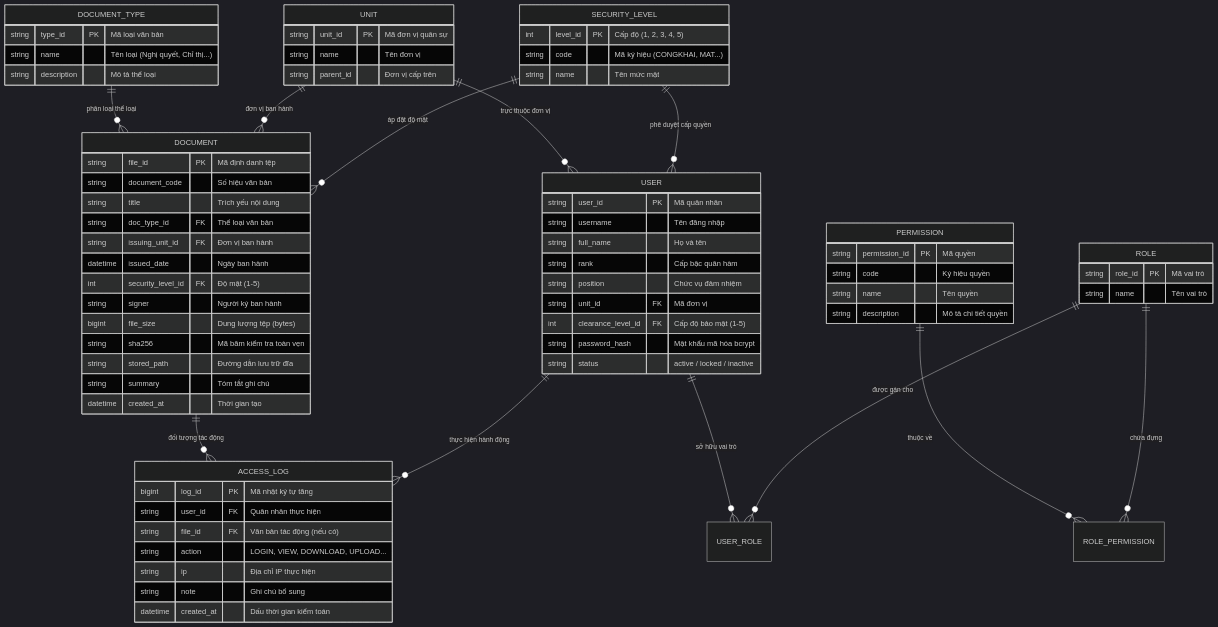
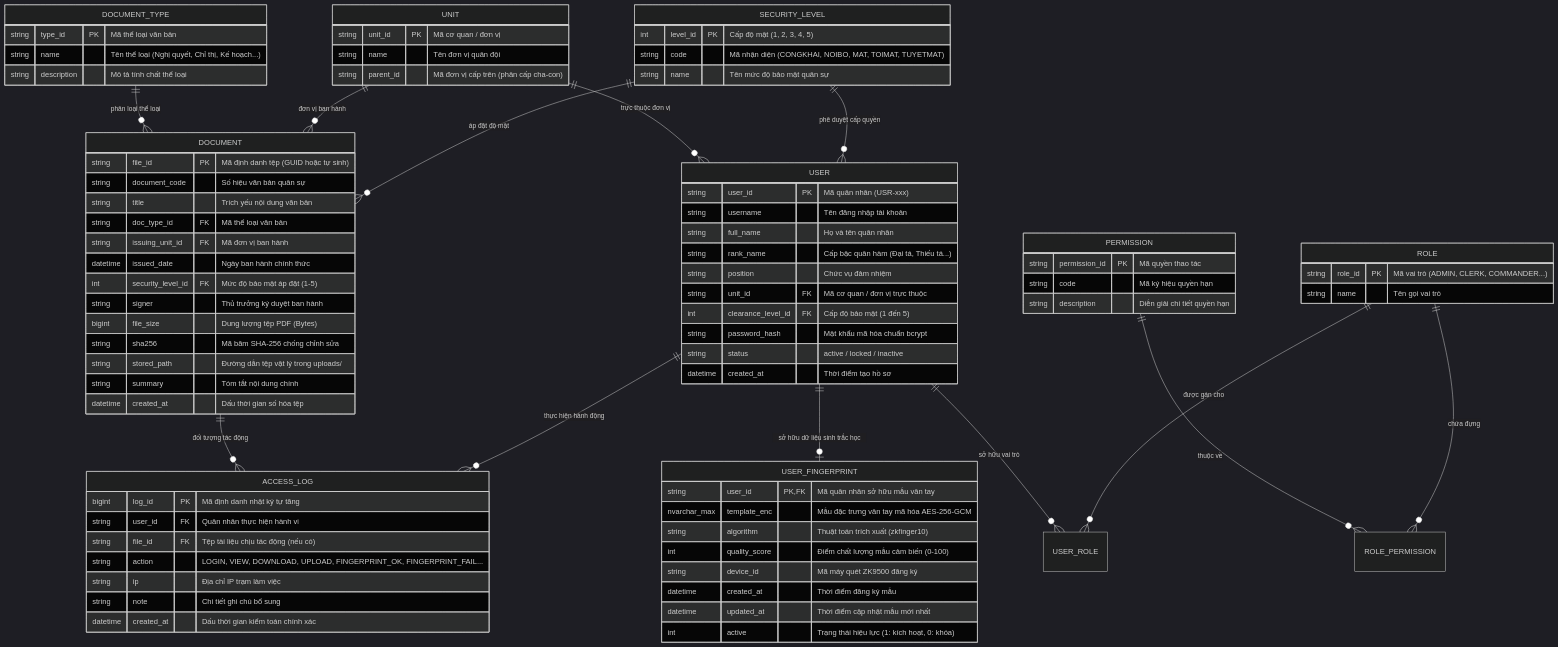
One commit to NguyenHaiAnh08/qk7-datahub changed the fifth of 5 diagrams in SYSTEM_ARCHITECTURE.md. Above: the diagram before and after it, drawn with Mermaid (dark theme). The commit also changed other lines of this file and 20 other files, not shown here.

Commit message:
Add admin dashboard, user management, and biometric fingerprint authentication components and services

````diff
--- a/SYSTEM_ARCHITECTURE.md
+++ b/SYSTEM_ARCHITECTURE.md
@@ -423,72 +390,84 @@
     USER ||--o{ USER_ROLE : "sở hữu vai trò"
     ROLE ||--o{ ROLE_PERMISSION : "chứa đựng"
     PERMISSION ||--o{ ROLE_PERMISSION : "thuộc về"
+    USER ||--o| USER_FINGERPRINT : "sở hữu dữ liệu sinh trắc học"
 
     USER {
-        string user_id PK "Mã quân nhân"
-        string username "Tên đăng nhập"
-        string full_name "Họ và tên"
-        string rank "Cấp bậc quân hàm"
+        string user_id PK "Mã quân nhân (USR-xxx)"
+        string username "Tên đăng nhập tài khoản"
+        string full_name "Họ và tên quân nhân"
+        string rank_name "Cấp bậc quân hàm (Đại tá, Thiếu tá...)"
         string position "Chức vụ đảm nhiệm"
-        string unit_id FK "Mã đơn vị"
-        int clearance_level_id FK "Cấp độ bảo mật (1-5)"
-        string password_hash "Mật khẩu mã hóa bcrypt"
+        string unit_id FK "Mã cơ quan / đơn vị trực thuộc"
+        int clearance_level_id FK "Cấp độ bảo mật (1 đến 5)"
+        string password_hash "Mật khẩu mã hóa chuẩn bcrypt"
         string status "active / locked / inactive"
+        datetime created_at "Thời điểm tạo hồ sơ"
+    }
+
+    USER_FINGERPRINT {
+        string user_id PK,FK "Mã quân nhân sở hữu mẫu vân tay"
+        nvarchar_max template_enc "Mẫu đặc trưng vân tay mã hóa AES-256-GCM"
+        string algorithm "Thuật toán trích xuất (zkfinger10)"
+        int quality_score "Điểm chất lượng mẫu cảm biến (0-100)"
+        string device_id "Mã máy quét ZK9500 đăng ký"
+        datetime created_at "Thời điểm đăng ký mẫu"
+        datetime updated_at "Thời điểm cập nhật mẫu mới nhất"
+        int active "Trạng thái hiệu lực (1: kích hoạt, 0: khóa)"
     }
 
     SECURITY_LEVEL {
-        int level_id PK "Cấp độ (1, 2, 3, 4, 5)"
-        string code "Mã ký hiệu (CONGKHAI, MAT...)"
-        string name "Tên mức mật"
+        int level_id PK "Cấp độ mật (1, 2, 3, 4, 5)"
+        string code "Mã nhận diện (CONGKHAI, NOIBO, MAT, TOIMAT, TUYETMAT)"
+        string name "Tên mức độ bảo mật quân sự"
     }
 
     UNIT {
-        string unit_id PK "Mã đơn vị quân sự"
-        string name "Tên đơn vị"
-        string parent_id "Đơn vị cấp trên"
+        string unit_id PK "Mã cơ quan / đơn vị"
+        string name "Tên đơn vị quân đội"
+        string parent_id "Mã đơn vị cấp trên (phân cấp cha-con)"
     }
 
     DOCUMENT_TYPE {
-        string type_id PK "Mã loại văn bản"
-        string name "Tên loại (Nghị quyết, Chỉ thị...)"
-        string description "Mô tả thể loại"
+        string type_id PK "Mã thể loại văn bản"
+        string name "Tên thể loại (Nghị quyết, Chỉ thị, Kế hoạch...)"
+        string description "Mô tả tính chất thể loại"
     }
 
     DOCUMENT {
-        string file_id PK "Mã định danh tệp"
-        string document_code "Số hiệu văn bản"
-        string title "Trích yếu nội dung"
-        string doc_type_id FK "Thể loại văn bản"
-        string issuing_unit_id FK "Đơn vị ban hành"
-        datetime issued_date "Ngày ban hành"
-        int security_level_id FK "Độ mật (1-5)"
-        string signer "Người ký ban hành"
-        bigint file_size "Dung lượng tệp (bytes)"
-        string sha256 "Mã băm kiểm tra toàn vẹn"
-        string stored_path "Đường dẫn lưu trữ đĩa"
-        string summary "Tóm tắt ghi chú"
-        datetime created_at "Thời gian tạo"
+        string file_id PK "Mã định danh tệp (GUID hoặc tự sinh)"
+        string document_code "Số hiệu văn bản quân sự"
+        string title "Trích yếu nội dung văn bản"
+        string doc_type_id FK "Mã thể loại văn bản"
+        string issuing_unit_id FK "Mã đơn vị ban hành"
+        datetime issued_date "Ngày ban hành chính thức"
+        int security_level_id FK "Mức độ bảo mật áp đặt (1-5)"
+        string signer "Thủ trưởng ký duyệt ban hành"
+        bigint file_size "Dung lượng tệp PDF (Bytes)"
+        string sha256 "Mã băm SHA-256 chống chỉnh sửa"
+        string stored_path "Đường dẫn tệp vật lý trong uploads/"
+        string summary "Tóm tắt nội dung chính"
+        datetime created_at "Dấu thời gian số hóa tệp"
     }
 
     ACCESS_LOG {
-        bigint log_id PK "Mã nhật ký tự tăng"
-        string user_id FK "Quân nhân thực hiện"
-        string file_id FK "Văn bản tác động (nếu có)"
-        string action "LOGIN, VIEW, DOWNLOAD, UPLOAD..."
-        string ip "Địa chỉ IP thực hiện"
-        string note "Ghi chú bổ sung"
-        datetime created_at "Dấu thời gian kiểm toán"
+        bigint log_id PK "Mã định danh nhật ký tự tăng"
+        string user_id FK "Quân nhân thực hiện hành vi"
+        string file_id FK "Tệp tài liệu chịu tác động (nếu có)"
+        string action "LOGIN, VIEW, DOWNLOAD, UPLOAD, FINGERPRINT_OK, FINGERPRINT_FAIL..."
+        string ip "Địa chỉ IP trạm làm việc"
+        string note "Chi tiết ghi chú bổ sung"
+        datetime created_at "Dấu thời gian kiểm toán chính xác"
     }
 
     ROLE {
-        string role_id PK "Mã vai trò"
-        string name "Tên vai trò"
+        string role_id PK "Mã vai trò (ADMIN, CLERK, COMMANDER...)"
+        string name "Tên gọi vai trò"
     }
 
     PERMISSION {
-        string permission_id PK "Mã quyền"
-        string code "Ký hiệu quyền"
-        string name "Tên quyền"
-        string description "Mô tả chi tiết quyền"
+        string permission_id PK "Mã quyền thao tác"
+        string code "Mã ký hiệu quyền hạn"
+        string description "Diễn giải chi tiết quyền hạn"
     }
 ```
````
